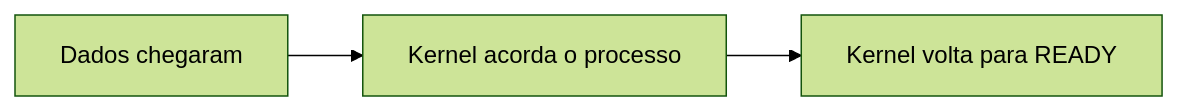
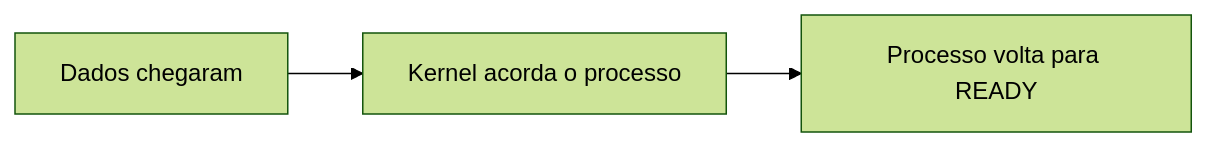
The third of 5 diagrams in docs/c/processos/introducao.md (lcsgborges/dev-notes), drawn with Mermaid (forest theme) before and after one commit. The commit also changed other lines of this file and 30 other files, not shown here.

````diff
--- a/docs/c/processos/introducao.md
+++ b/docs/c/processos/introducao.md
@@ -61,7 +63,7 @@
 ```mermaid
     flowchart LR
     A[Dados chegaram]
     B[Kernel acorda o processo]
-    C[Kernel volta para READY]
+    C[Processo volta para READY]
     A --> B --> C
 ```
````
